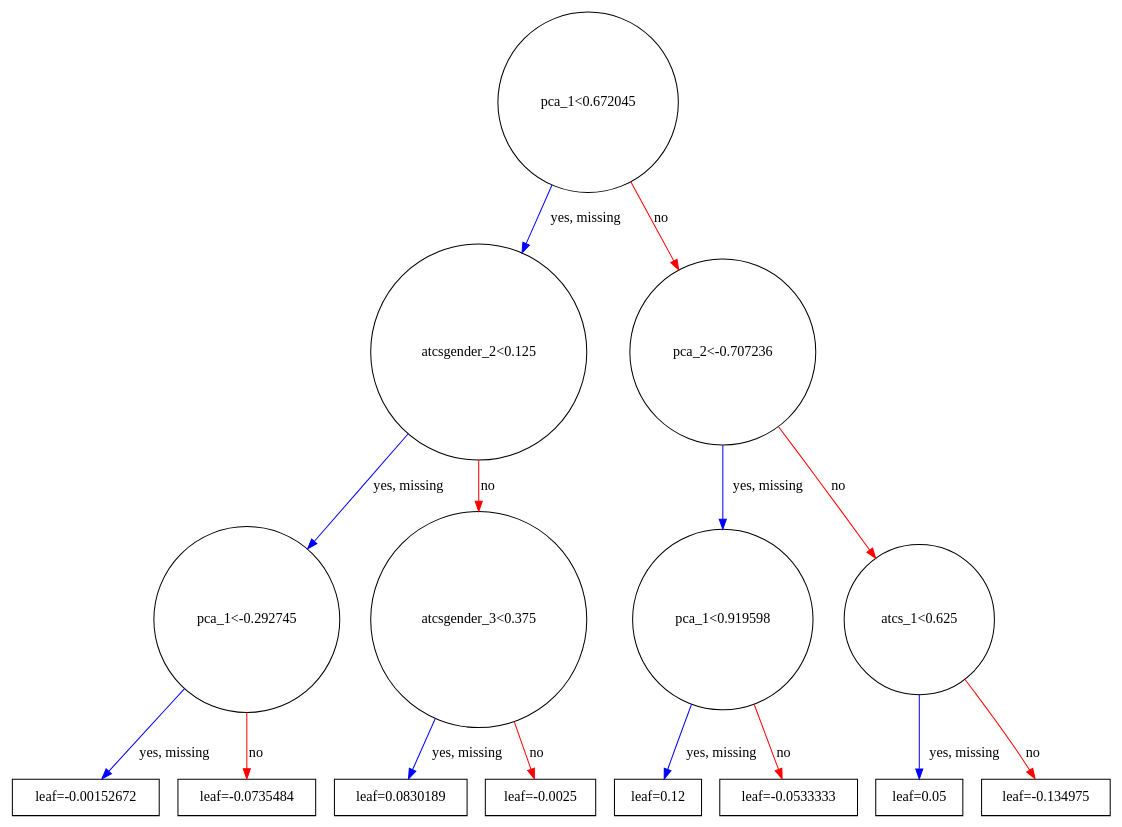
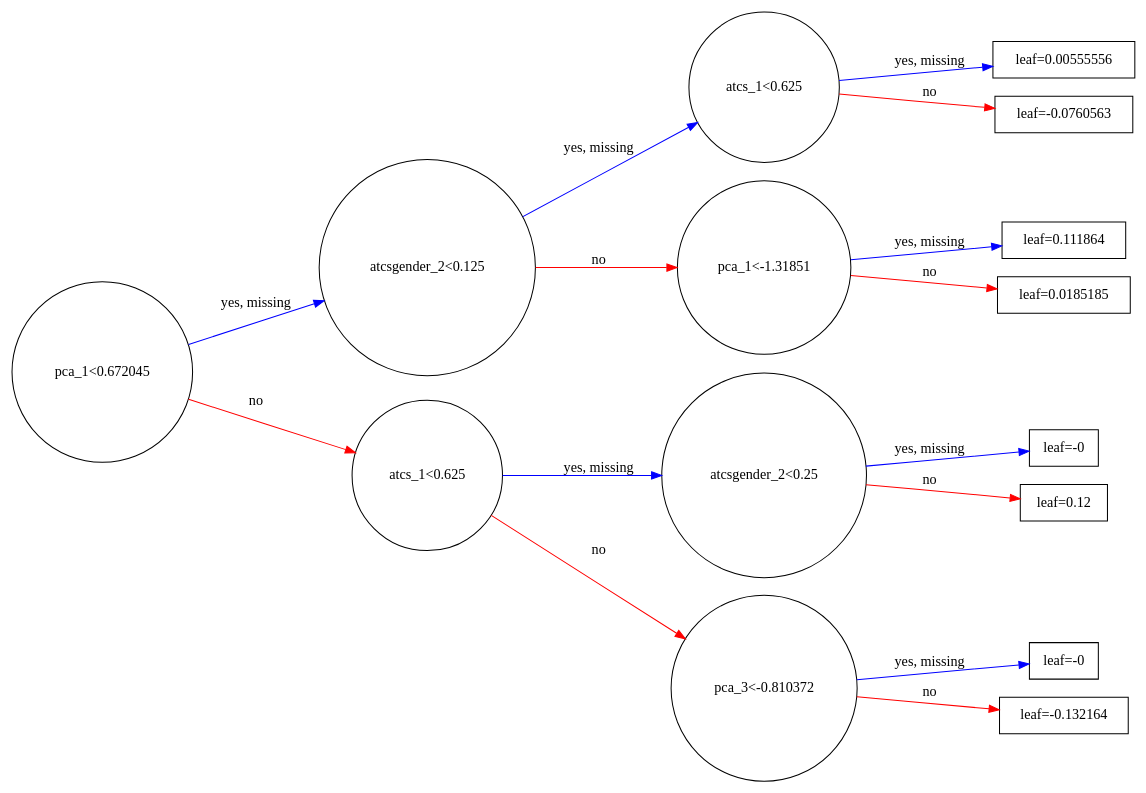
Before and after one commit to omoju/IntroCSExperiencePrediction: the diagram in report/figures/X_all_Reduced_graph.gv, drawn with Graphviz. The commit also changed 6 other files, not shown here.

```diff
--- a/report/figures/X_all_Reduced_graph.gv
+++ b/report/figures/X_all_Reduced_graph.gv
@@ -1,32 +1,32 @@
 digraph {
-	graph [rankdir=UT]
+	graph [rankdir=LR]
 		0 [label="pca_1<0.672045" shape=circle]
 			0 -> 1 [label="yes, missing" color="#0000FF"]
 			0 -> 2 [label=no color="#FF0000"]
 		1 [label="atcsgender_2<0.125" shape=circle]
 			1 -> 3 [label="yes, missing" color="#0000FF"]
 			1 -> 4 [label=no color="#FF0000"]
-		3 [label="pca_1<-0.292745" shape=circle]
+		3 [label="atcs_1<0.625" shape=circle]
 			3 -> 7 [label="yes, missing" color="#0000FF"]
 			3 -> 8 [label=no color="#FF0000"]
-		7 [label="leaf=-0.00152672" shape=box]
-		8 [label="leaf=-0.0735484" shape=box]
-		4 [label="atcsgender_3<0.375" shape=circle]
+		7 [label="leaf=0.00555556" shape=box]
+		8 [label="leaf=-0.0760563" shape=box]
+		4 [label="pca_1<-1.31851" shape=circle]
 			4 -> 9 [label="yes, missing" color="#0000FF"]
 			4 -> 10 [label=no color="#FF0000"]
-		9 [label="leaf=0.0830189" shape=box]
-		10 [label="leaf=-0.0025" shape=box]
-		2 [label="pca_2<-0.707236" shape=circle]
+		9 [label="leaf=0.111864" shape=box]
+		10 [label="leaf=0.0185185" shape=box]
+		2 [label="atcs_1<0.625" shape=circle]
 			2 -> 5 [label="yes, missing" color="#0000FF"]
 			2 -> 6 [label=no color="#FF0000"]
-		5 [label="pca_1<0.919598" shape=circle]
+		5 [label="atcsgender_2<0.25" shape=circle]
 			5 -> 11 [label="yes, missing" color="#0000FF"]
 			5 -> 12 [label=no color="#FF0000"]
-		11 [label="leaf=0.12" shape=box]
-		12 [label="leaf=-0.0533333" shape=box]
-		6 [label="atcs_1<0.625" shape=circle]
+		11 [label="leaf=-0" shape=box]
+		12 [label="leaf=0.12" shape=box]
+		6 [label="pca_3<-0.810372" shape=circle]
 			6 -> 13 [label="yes, missing" color="#0000FF"]
 			6 -> 14 [label=no color="#FF0000"]
-		13 [label="leaf=0.05" shape=box]
-		14 [label="leaf=-0.134975" shape=box]
+		13 [label="leaf=-0" shape=box]
+		14 [label="leaf=-0.132164" shape=box]
 }
```
